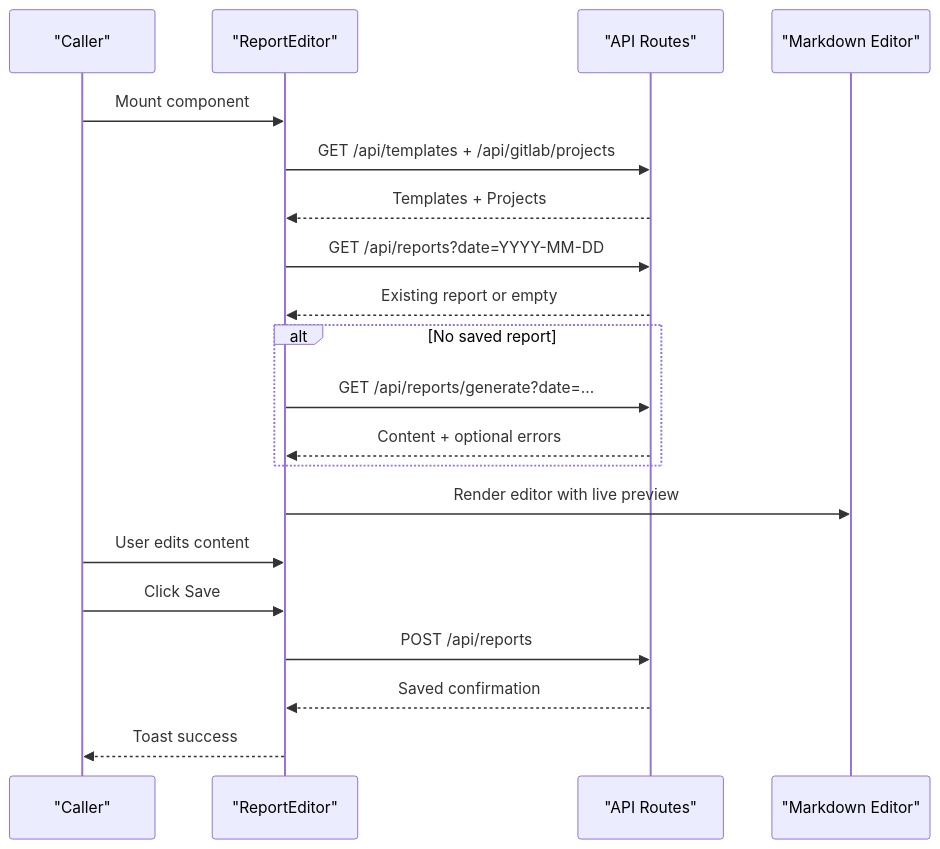
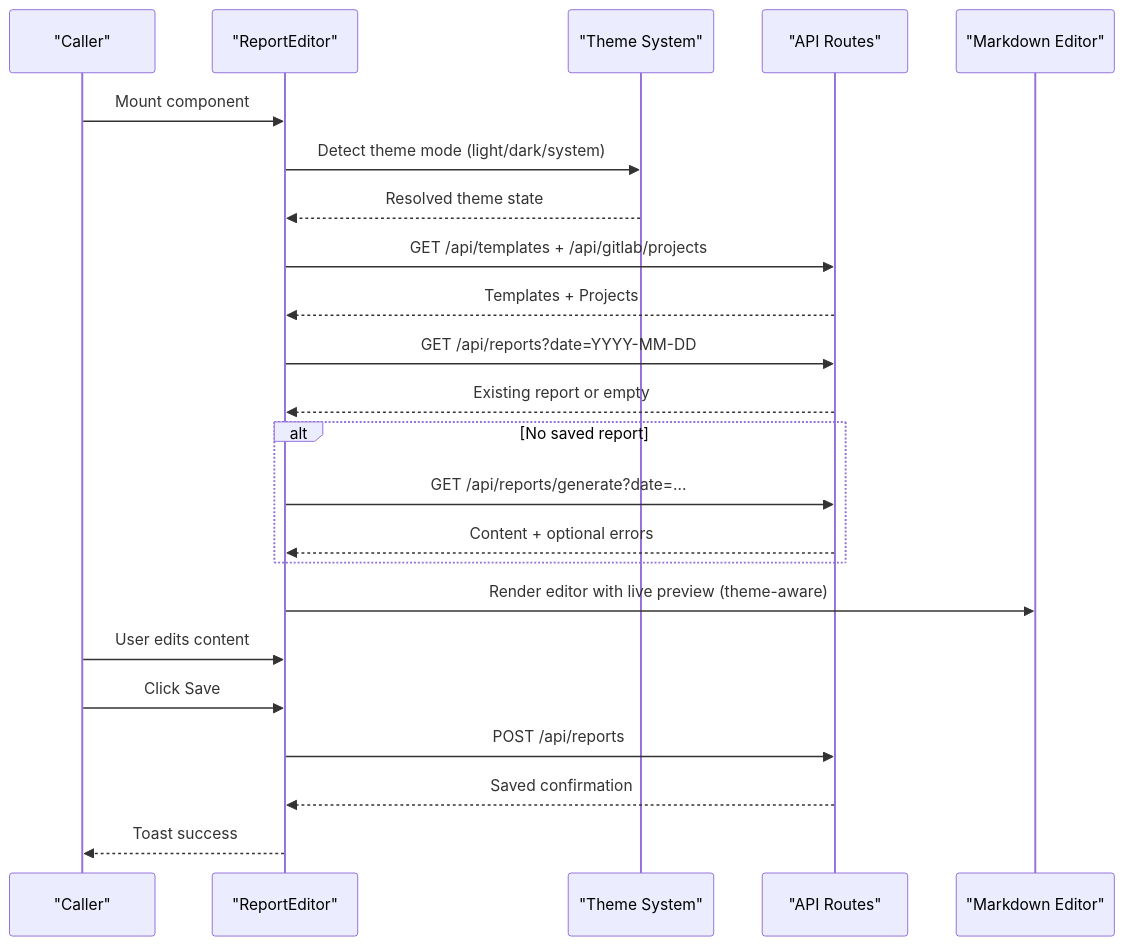
Before and after one commit to jrj444/git-daily: the seventh of 13 diagrams in .qoder/repowiki/en/content/Frontend Components/Frontend Components.md, drawn with Mermaid. The commit also changed other lines of this file and 4 other files, not shown here.

````diff
--- a/.qoder/repowiki/en/content/Frontend Components/Frontend Components.md
+++ b/.qoder/repowiki/en/content/Frontend Components/Frontend Components.md
@@ -428,22 +475,25 @@
 ```mermaid
 sequenceDiagram
 participant C as "Caller"
 participant E as "ReportEditor"
+participant Theme as "Theme System"
 participant API as "API Routes"
 participant MD as "Markdown Editor"
 C->>E : Mount component
+E->>Theme : Detect theme mode (light/dark/system)
+Theme-->>E : Resolved theme state
 E->>API : GET /api/templates + /api/gitlab/projects
 API-->>E : Templates + Projects
 E->>API : GET /api/reports?date=YYYY-MM-DD
 API-->>E : Existing report or empty
 alt No saved report
 E->>API : GET /api/reports/generate?date=...
 API-->>E : Content + optional errors
 end
-E->>MD : Render editor with live preview
+E->>MD : Render editor with live preview (theme-aware)
 C->>E : User edits content
 C->>E : Click Save
 E->>API : POST /api/reports
 API-->>E : Saved confirmation
 E-->>C : Toast success
 ```
````
